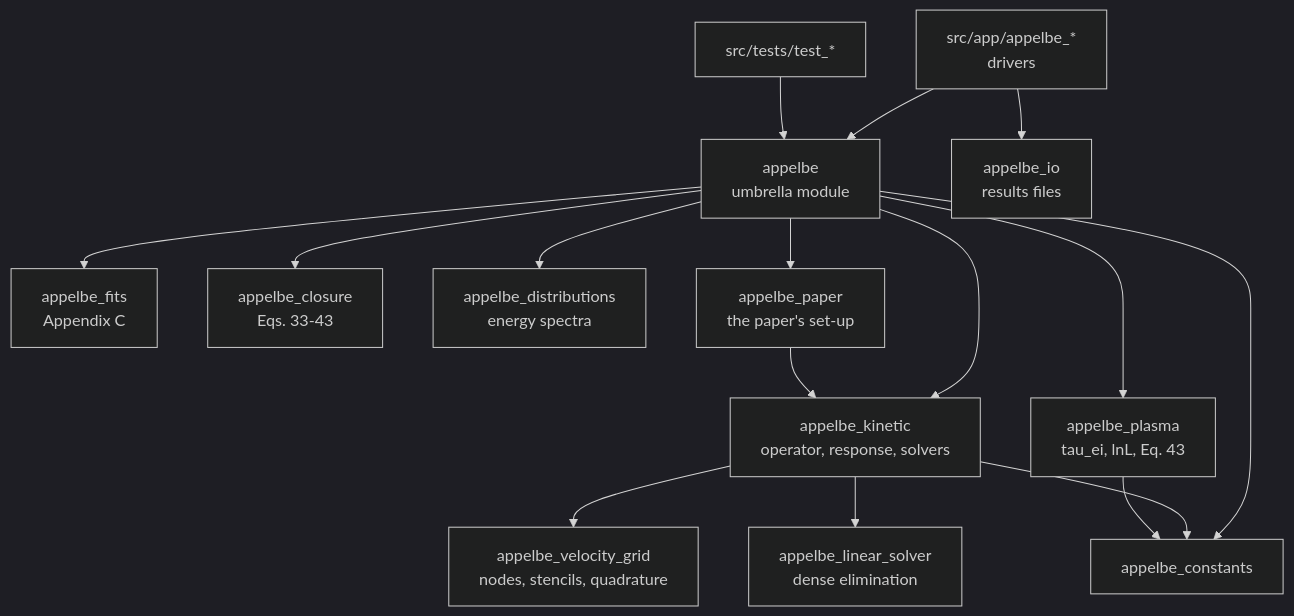
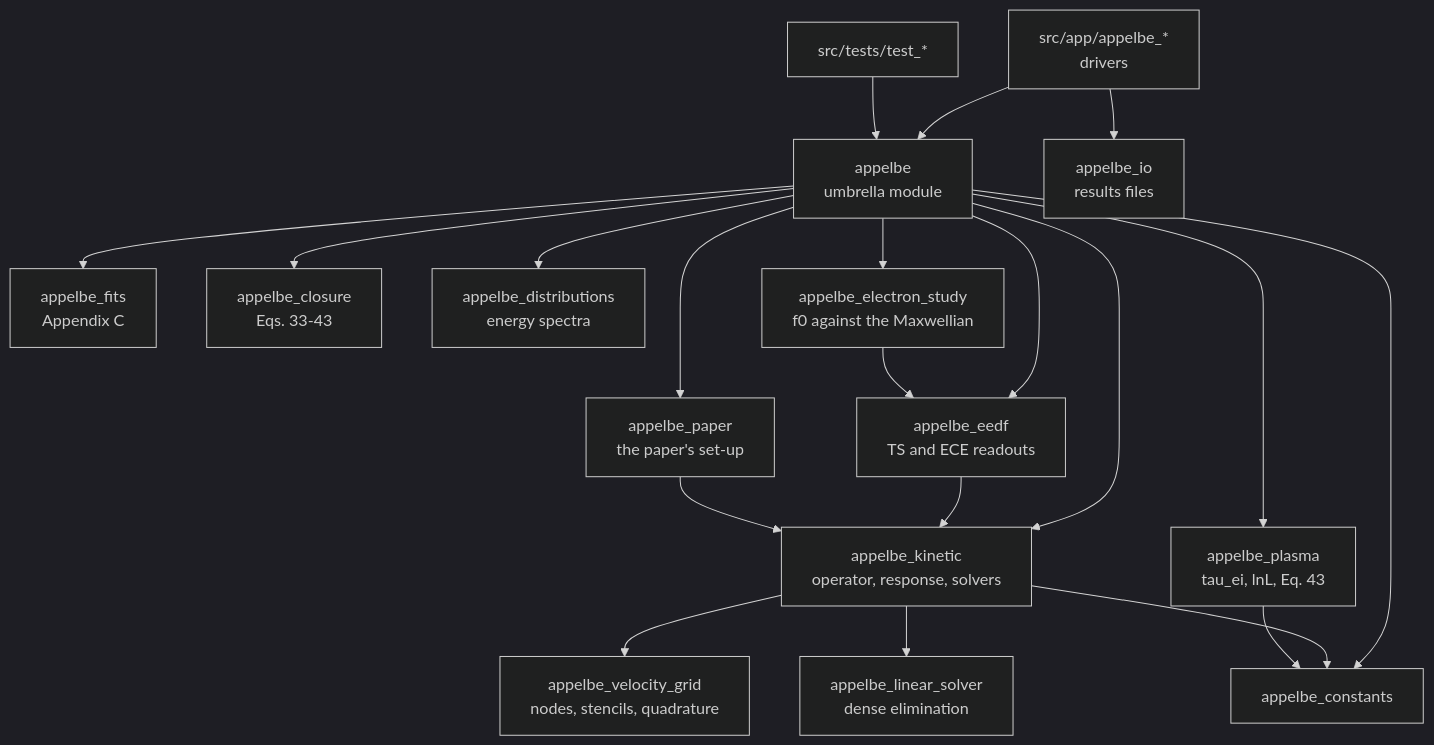
One commit to szaghi/appelbe changed the diagram in docs/guide/architecture.md. Above: the diagram before and after it, drawn with Mermaid (dark theme). The commit also changed 10 other files, not shown here.

````diff
--- a/docs/guide/architecture.md
+++ b/docs/guide/architecture.md
@@ -7,15 +7,16 @@
 ```mermaid
 flowchart TB
-  appelbe[appelbe<br/>umbrella module] --> kinetic & fits & closure & plasma & dist & paper & constants
+  appelbe[appelbe<br/>umbrella module] --> kinetic & fits & closure & plasma & dist & paper & constants & eedf & study
+  study[appelbe_electron_study<br/>f0 against the Maxwellian] --> eedf[appelbe_eedf<br/>TS and ECE readouts] --> kinetic
   kinetic[appelbe_kinetic<br/>operator, response, solvers] --> grid[appelbe_velocity_grid<br/>nodes, stencils, quadrature]
   kinetic --> linsolve[appelbe_linear_solver<br/>dense elimination]
   kinetic --> constants[appelbe_constants]
   paper[appelbe_paper<br/>the paper's set-up] --> kinetic
   dist[appelbe_distributions<br/>energy spectra]
   fits[appelbe_fits<br/>Appendix C]
   closure[appelbe_closure<br/>Eqs. 33-43]
   plasma[appelbe_plasma<br/>tau_ei, lnL, Eq. 43] --> constants
   io[appelbe_io<br/>results files]
   drivers[src/app/appelbe_*<br/>drivers] --> appelbe & io
   tests[src/tests/test_*] --> appelbe
 ```
````
